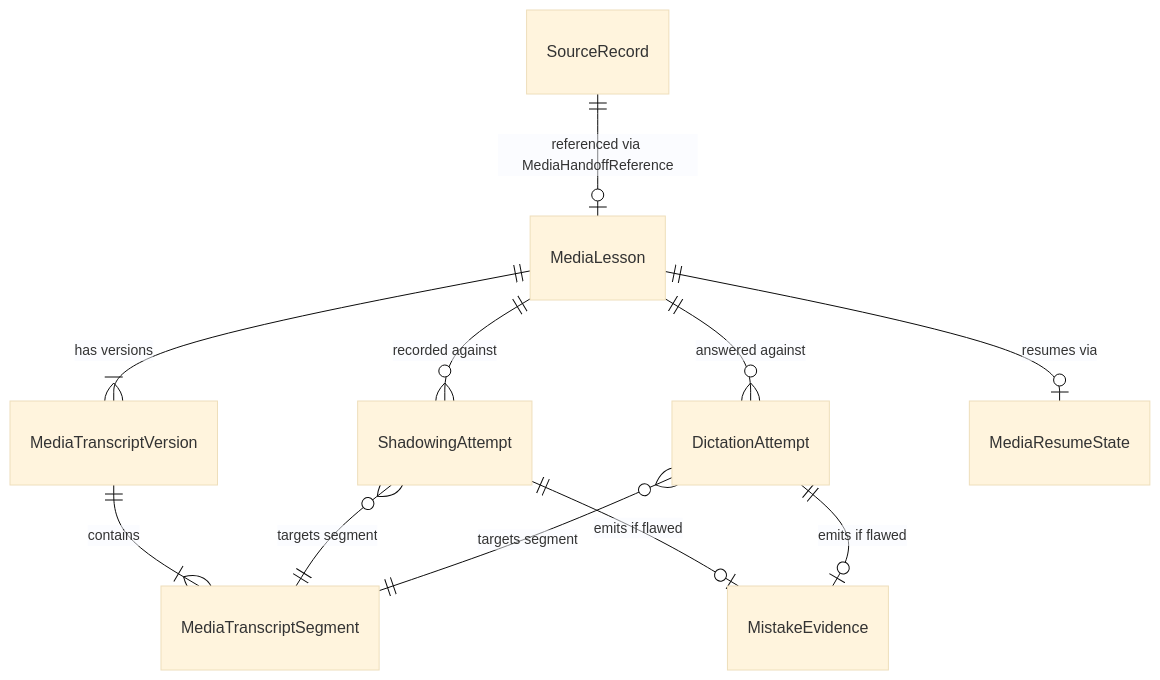
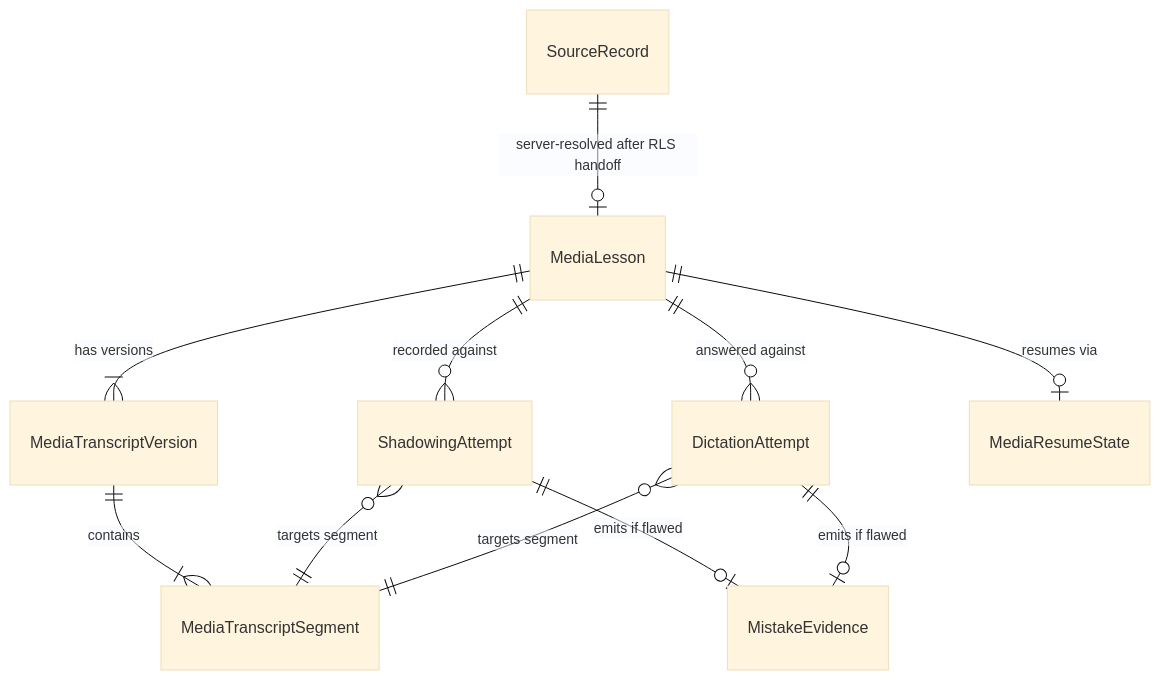
The first of 5 diagrams in docs/superpowers/specs/2026-09-04-omni-media-learning-room-design.md (NguyenDukKyeon/Omni_IELTS), drawn with Mermaid (base theme) before and after one commit. The commit also changed other lines of this file and 2 other files, not shown here.

Commit message:
docs(p04): secure source handoff and audio availability contract

````diff
--- a/docs/superpowers/specs/2026-09-04-omni-media-learning-room-design.md
+++ b/docs/superpowers/specs/2026-09-04-omni-media-learning-room-design.md
@@ -126,13 +126,13 @@
 ```mermaid
 erDiagram
-    SourceRecord ||--o| MediaLesson : "referenced via MediaHandoffReference"
+    SourceRecord ||--o| MediaLesson : "server-resolved after RLS handoff"
     MediaLesson ||--|{ MediaTranscriptVersion : "has versions"
     MediaTranscriptVersion ||--|{ MediaTranscriptSegment : "contains"
     MediaLesson ||--o{ ShadowingAttempt : "recorded against"
     MediaLesson ||--o{ DictationAttempt : "answered against"
     MediaLesson ||--o| MediaResumeState : "resumes via"
     ShadowingAttempt }o--|| MediaTranscriptSegment : "targets segment"
     DictationAttempt }o--|| MediaTranscriptSegment : "targets segment"
     ShadowingAttempt ||--o| MistakeEvidence : "emits if flawed"
     DictationAttempt ||--o| MistakeEvidence : "emits if flawed"
 ```
````
